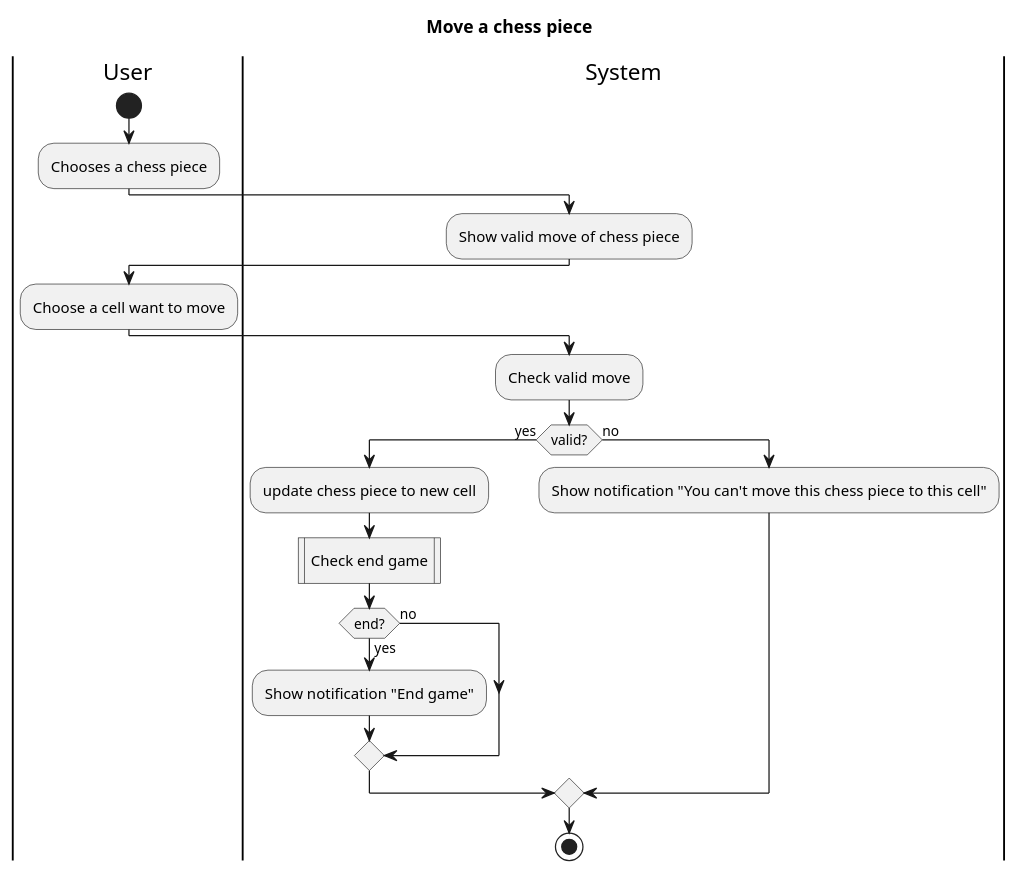
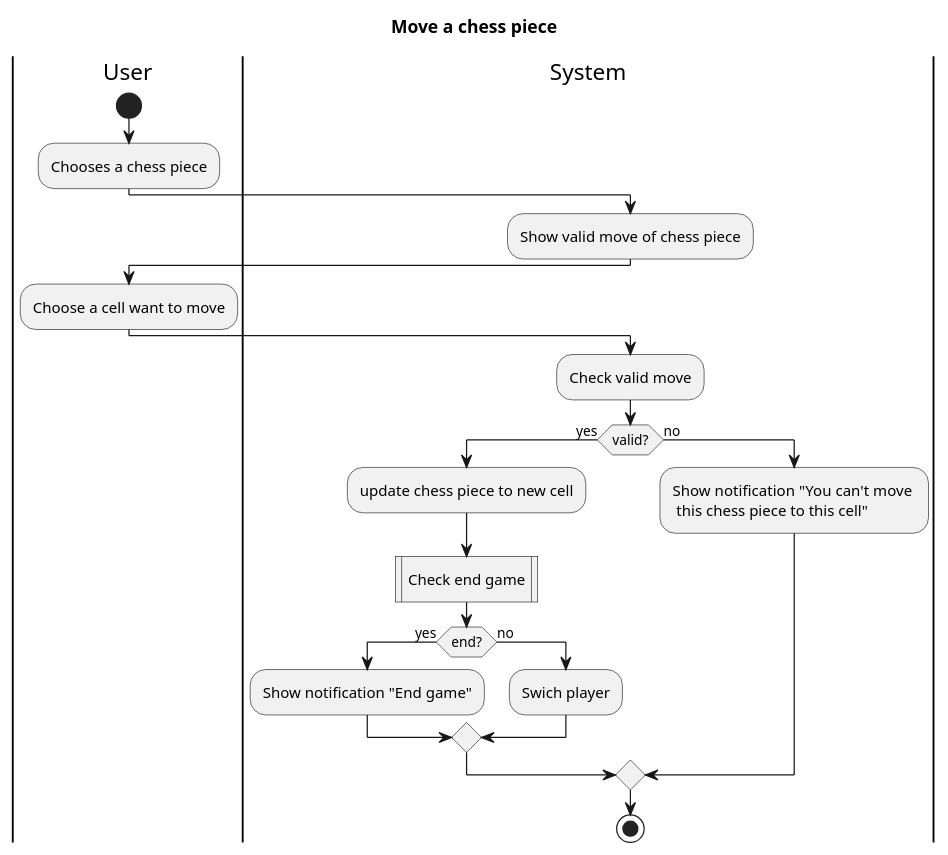
The diagram in activity/move-a-chess-piece.puml (duyhq-zee1/chess-game), drawn with PlantUML before and after one commit. The commit also changed 1 other file, not shown here.

Commit message:
docs: fix code usecase and move a chess piece

```diff
--- a/activity/move-a-chess-piece.puml
+++ b/activity/move-a-chess-piece.puml
@@ -1,27 +1,28 @@
 @startuml "Activity diagram"
 title "Move a chess piece"
 |User|
 start
 :Chooses a chess piece;
 |System|
 :Show valid move of chess piece;
 
 |User|
 :Choose a cell want to move;
 
 |System|
 :Check valid move;
 if (valid?) then (yes)
     :update chess piece to new cell;
     :Check end game|
     if (end?) then (yes)
         :Show notification "End game";
     else (no)
+        :Swich player;   
     endif
 else (no)
-    :Show notification "You can't move this chess piece to this cell";
+    :Show notification "You can't move \n this chess piece to this cell";
 
 endif
 
 stop
 @enduml
```
